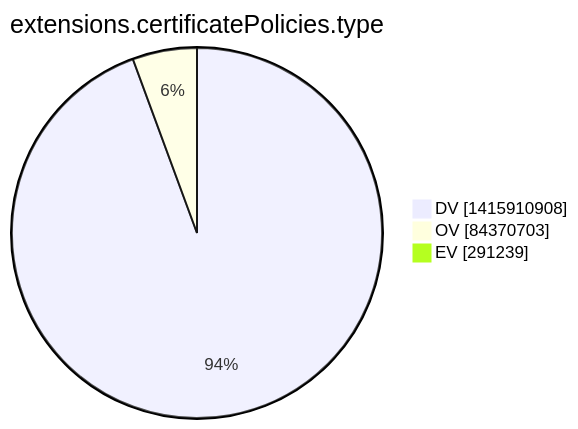
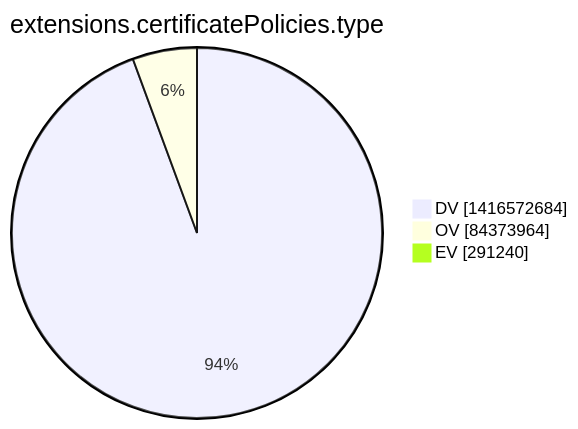
Before and after one commit to christiankrug/ctmonitor_visualization: the tenth of 15 diagrams in argon2022/README.md, drawn with Mermaid. The commit also changed other lines of this file, not shown here.

````diff
--- a/argon2022/README.md
+++ b/argon2022/README.md
@@ -2773,7 +2773,7 @@
 ```mermaid
 pie showData
 title extensions.certificatePolicies.type
-"DV" :1415910908
-"OV" :84370703
-"EV" :291239
+"DV" :1416572684
+"OV" :84373964
+"EV" :291240
 ```
````
